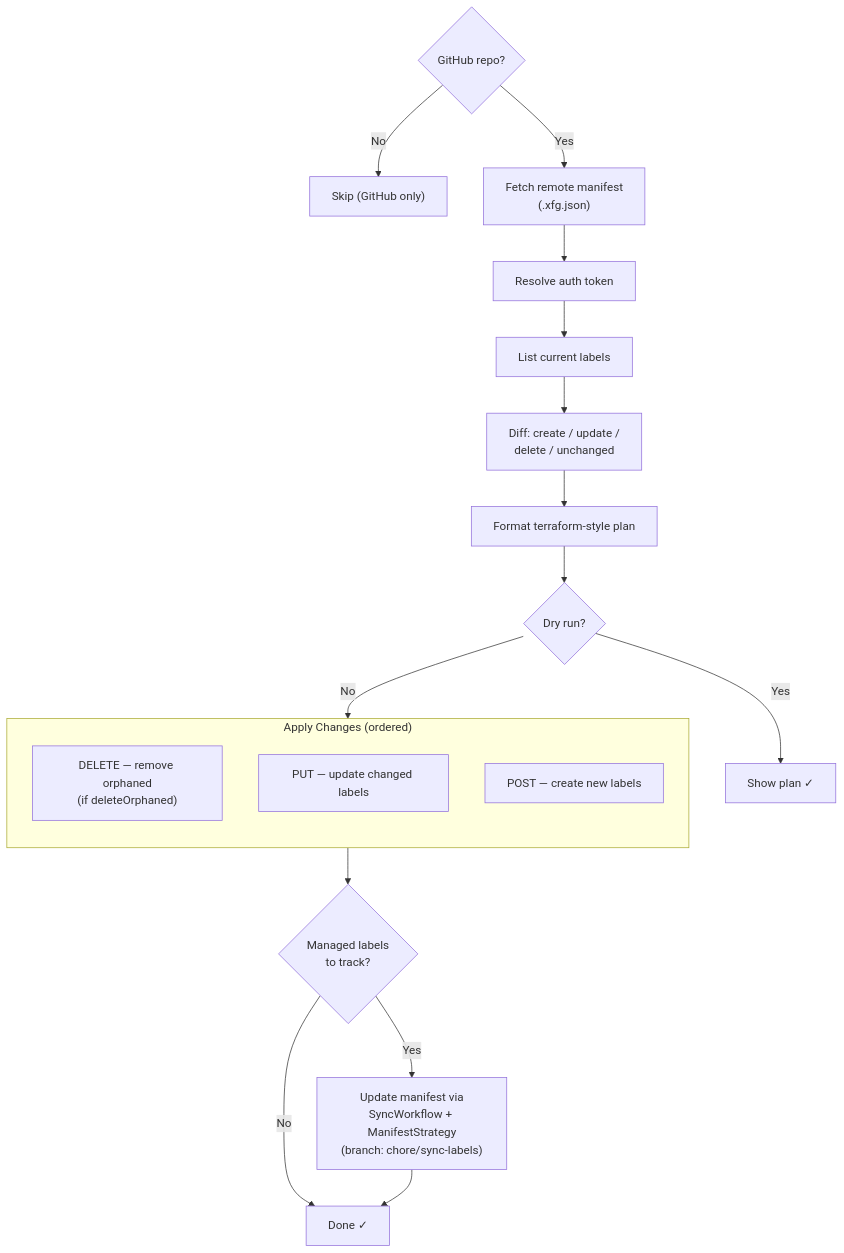
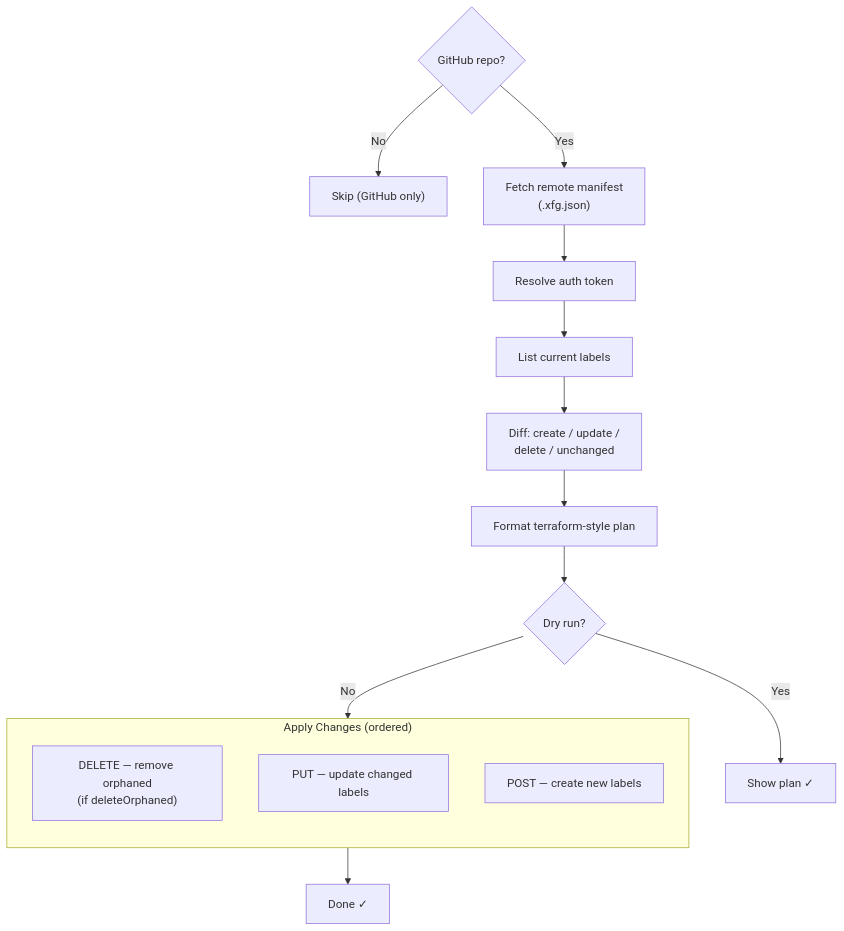
The sixth of 6 diagrams in docs/index.md (anthony-spruyt/xfg), drawn with Mermaid before and after one commit. The commit also changed other lines of this file and 58 other files, not shown here.

````diff
--- a/docs/index.md
+++ b/docs/index.md
@@ -424,26 +418,23 @@
 ```mermaid
 flowchart TB
     GUARD{GitHub repo?} -->|No| SKIP_P["Skip (GitHub only)"]
     GUARD -->|Yes| FETCH_MANIFEST["Fetch remote manifest<br/>(.xfg.json)"]
 
     FETCH_MANIFEST --> TOKEN["Resolve auth token"]
     TOKEN --> LIST["List current labels"]
 
     LIST --> DIFF["Diff: create / update /<br/>delete / unchanged"]
     DIFF --> PLAN["Format terraform-style plan"]
     PLAN --> DRY{Dry run?}
     DRY -->|Yes| SHOW["Show plan ✓"]
     DRY -->|No| APPLY
 
     subgraph APPLY["Apply Changes (ordered)"]
         direction TB
         D["DELETE — remove orphaned<br/>(if deleteOrphaned)"]
         U["PUT — update changed labels"]
         C["POST — create new labels"]
     end
 
-    APPLY --> MANIFEST_CHECK{"Managed labels<br/>to track?"}
-    MANIFEST_CHECK -->|No| DONE["Done ✓"]
-    MANIFEST_CHECK -->|Yes| MANIFEST["Update manifest via<br/>SyncWorkflow + ManifestStrategy<br/>(branch: chore/sync-labels)"]
-    MANIFEST --> DONE
+    APPLY --> DONE["Done ✓"]
 ```
````
